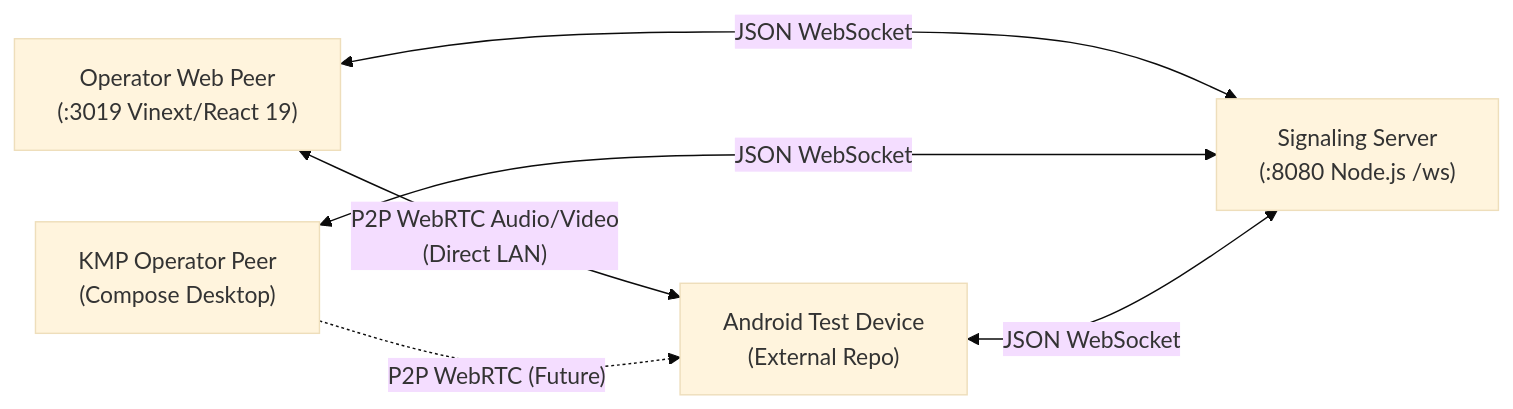
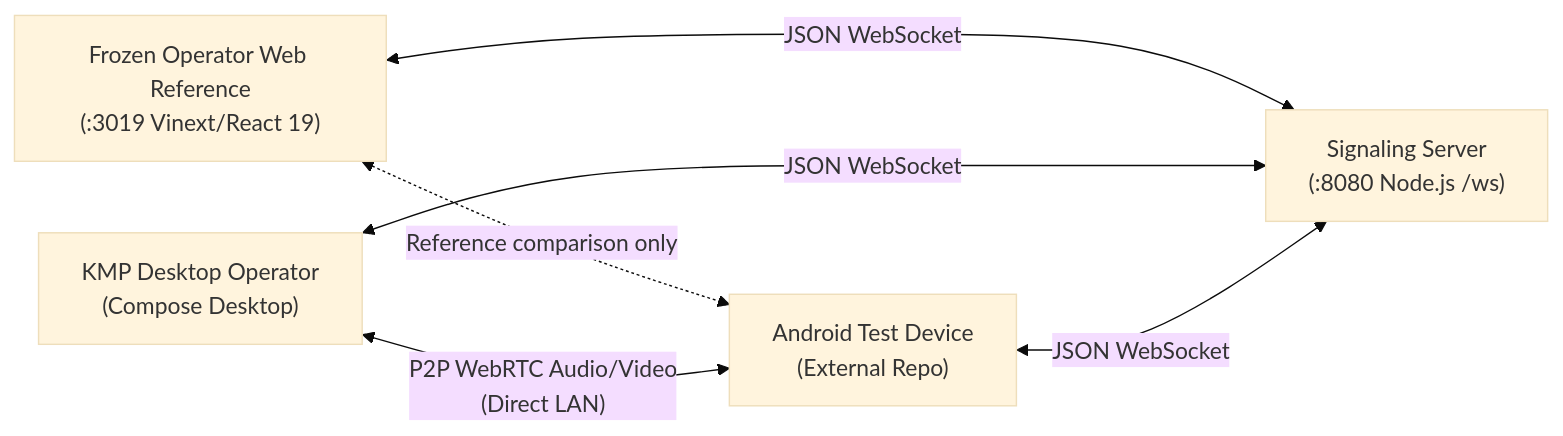
The diagram in AGENTS.md (E1jeong/server-webrtc-test), drawn with Mermaid (base theme) before and after one commit. The commit also changed other lines of this file and 7 other files, not shown here.

Commit message:
Refine KMP operator console layout

````diff
--- a/AGENTS.md
+++ b/AGENTS.md
@@ -22,13 +22,13 @@
 ```mermaid
 flowchart LR
-    OW["Operator Web Peer\n(:3019 Vinext/React 19)"]
-    KO["KMP Operator Peer\n(Compose Desktop)"]
+    OW["Frozen Operator Web Reference\n(:3019 Vinext/React 19)"]
+    KO["KMP Desktop Operator\n(Compose Desktop)"]
     SS["Signaling Server\n(:8080 Node.js /ws)"]
     AD["Android Test Device\n(External Repo)"]
 
     OW <-->|"JSON WebSocket"| SS
     KO <-->|"JSON WebSocket"| SS
     AD <-->|"JSON WebSocket"| SS
-    OW <-->|"P2P WebRTC Audio/Video\n(Direct LAN)"| AD
-    KO -.->|"P2P WebRTC (Future)"| AD
+    OW <-.->|"Reference comparison only"| AD
+    KO <-->|"P2P WebRTC Audio/Video\n(Direct LAN)"| AD
 ```
````
